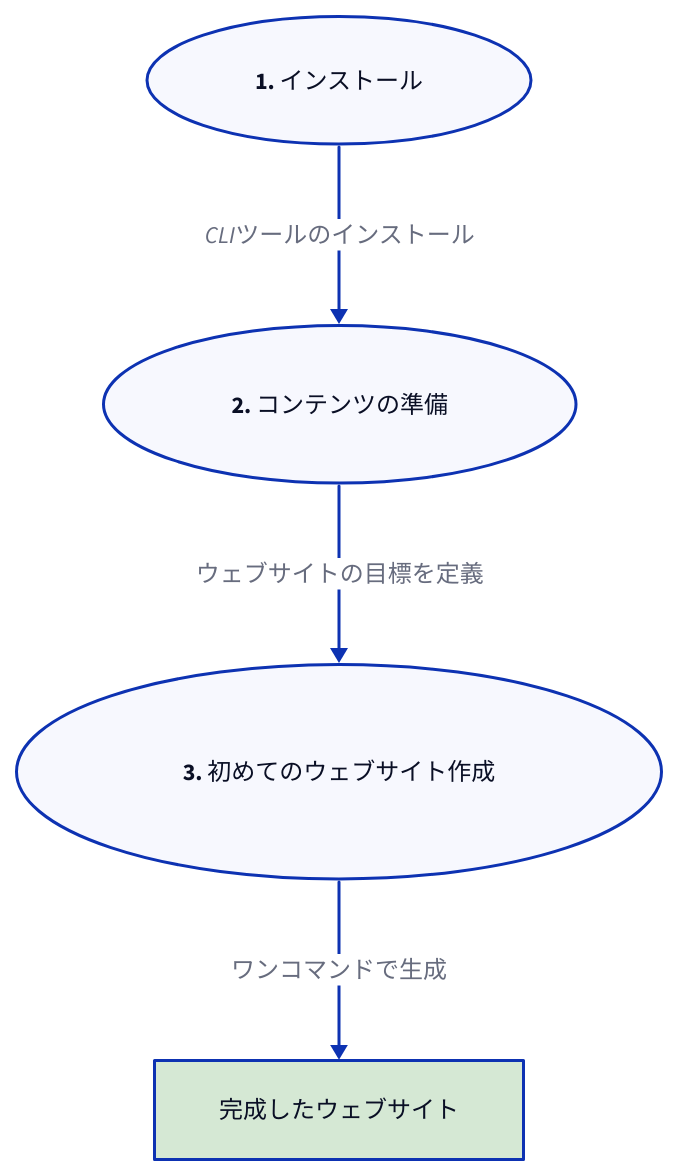
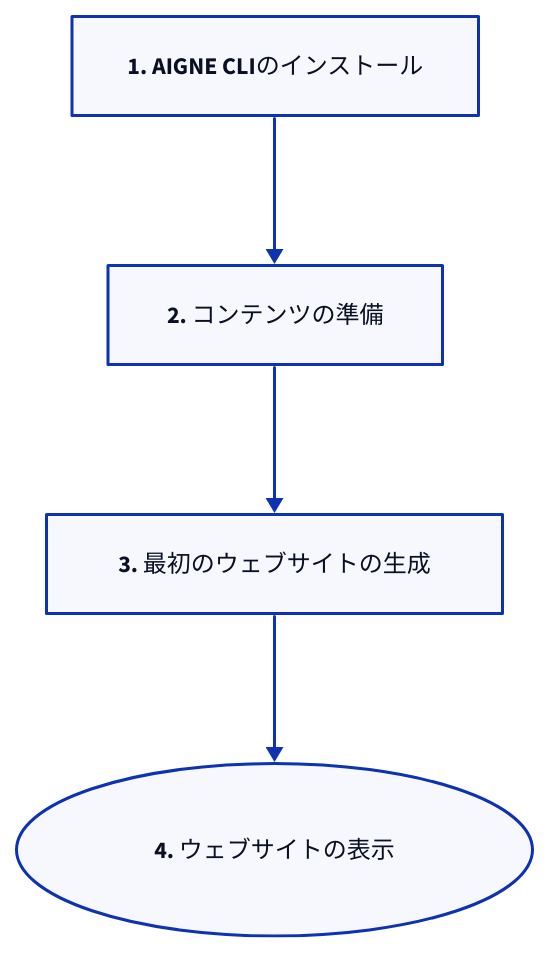
Before and after one commit to AIGNE-io/aigne-web-smith: the diagram in .aigne/doc-smith/docs/getting-started.ja.md, drawn with D2. The commit also changed other lines of this file and 90 other files, not shown here.

````diff
--- a/.aigne/doc-smith/docs/getting-started.ja.md
+++ b/.aigne/doc-smith/docs/getting-started.ja.md
@@ -11,28 +7,25 @@
 ```d2
 direction: down
 
-step1: {
-  label: "1. インストール"
+Install: {
+  label: "1. AIGNE CLIのインストール"
+  shape: rectangle
+}
+
+Prepare: {
+  label: "2. コンテンツの準備"
+  shape: rectangle
+}
+
+Generate: {
+  label: "3. 最初のウェブサイトの生成"
+  shape: rectangle
+}
+
+View: {
+  label: "4. ウェブサイトの表示"
   shape: oval
 }
 
-step2: {
-  label: "2. コンテンツの準備"
-  shape: oval
-}
-
-step3: {
-  label: "3. 初めてのウェブサイト作成"
-  shape: oval
-}
-
-result: {
-  label: "完成したウェブサイト"
-  shape: rectangle
-  style.fill: "#D5E8D4"
-}
-
-step1 -> step2: "CLIツールのインストール"
-step2 -> step3: "ウェブサイトの目標を定義"
-step3 -> result: "ワンコマンドで生成"
+Install -> Prepare -> Generate -> View
 ```
````
